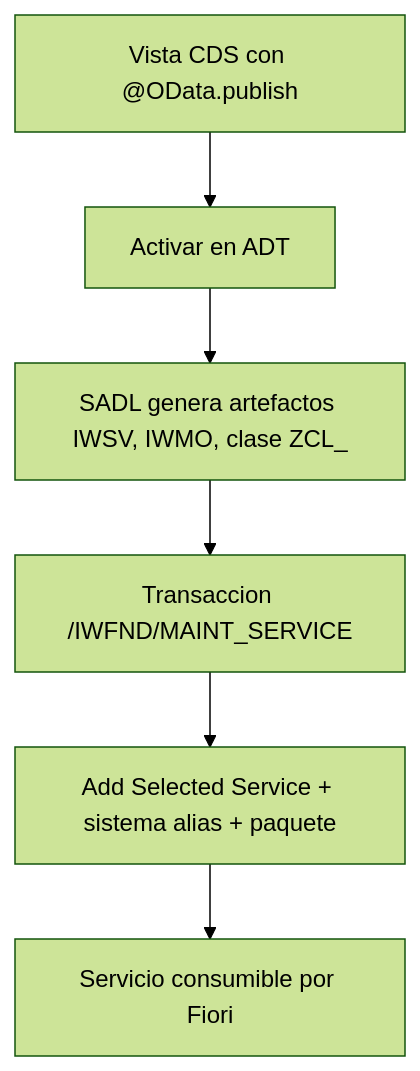
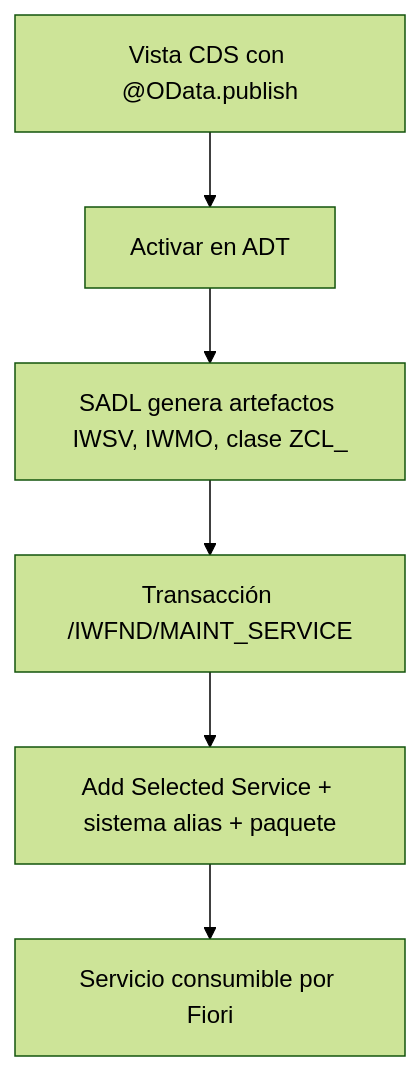
One commit to logalitech/blog-content changed the diagram in es/odata-desde-cds.mdx. Above: the diagram before and after it, drawn with Mermaid (forest theme). The commit also changed other lines of this file and 49 other files, not shown here.

````diff
--- a/es/odata-desde-cds.mdx
+++ b/es/odata-desde-cds.mdx
@@ -33,8 +33,8 @@
 ```mermaid
 flowchart TD
  A["Vista CDS con @OData.publish"] --> B["Activar en ADT"]
  B --> C["SADL genera artefactos IWSV, IWMO, clase ZCL_"]
- C --> D["Transaccion /IWFND/MAINT_SERVICE"]
+ C --> D["Transacción /IWFND/MAINT_SERVICE"]
  D --> E["Add Selected Service + sistema alias + paquete"]
  E --> F["Servicio consumible por Fiori"]
 ```
````
